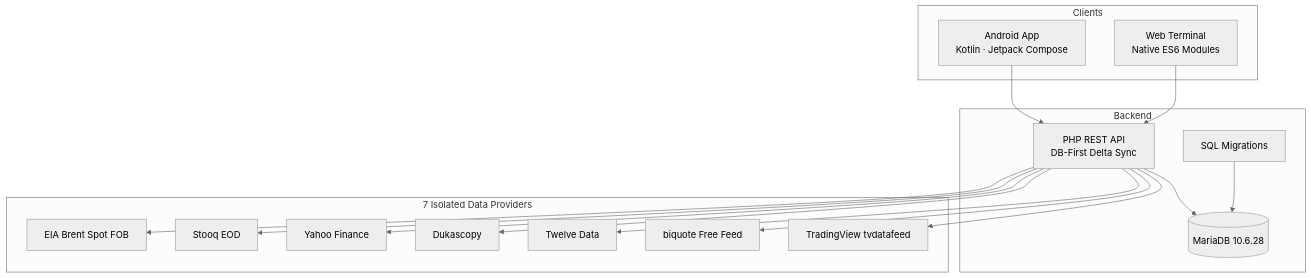
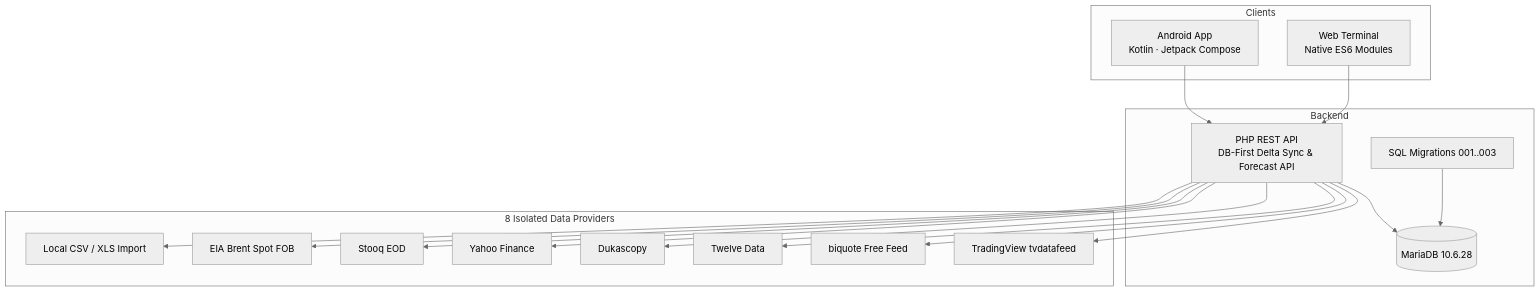
One commit to manidigit/CHART changed the diagram in README.md. Above: the diagram before and after it, drawn with Mermaid (neutral theme). The commit also changed other lines of this file and 12 other files, not shown here.

````diff
--- a/README.md
+++ b/README.md
@@ -69,35 +79,37 @@
 ```mermaid
 flowchart TB
     subgraph Clients
       A[Android App<br/>Kotlin · Jetpack Compose]
       W[Web Terminal<br/>Native ES6 Modules]
     end
 
     subgraph Backend
-      API[PHP REST API<br/>DB-First Delta Sync]
+      API[PHP REST API<br/>DB-First Delta Sync & Forecast API]
       DB[(MariaDB 10.6.28)]
-      MIG[SQL Migrations]
+      MIG[SQL Migrations 001..003]
     end
 
-    subgraph MarketData[7 Isolated Data Providers]
+    subgraph MarketData[8 Isolated Data Providers]
       TV[TradingView tvdatafeed]
       BQ[biquote Free Feed]
       TD[Twelve Data]
       DK[Dukascopy]
       YF[Yahoo Finance]
       SQ[Stooq EOD]
       EIA[EIA Brent Spot FOB]
+      CSV[Local CSV / XLS Import]
     end
 
     A --> API
     W --> API
     API --> DB
     MIG --> DB
     API --> TV
     API --> BQ
     API --> TD
     API --> DK
     API --> YF
     API --> SQ
     API --> EIA
+    API --> CSV
 ```
````
